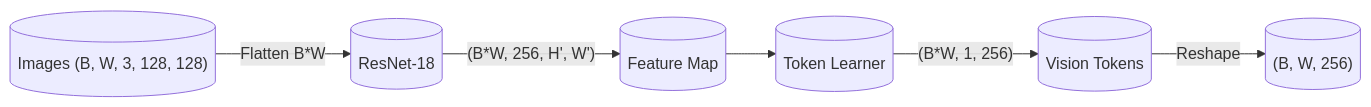
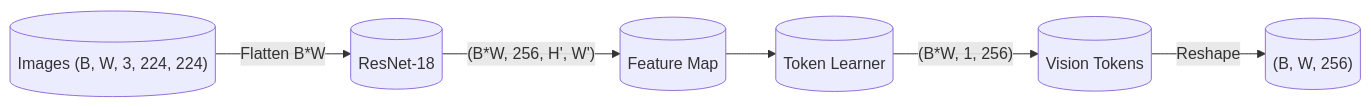
The second of 2 diagrams in docs/model_architecture_vis.md (Thoooomas14/Axis), drawn with Mermaid before and after one commit. The commit also changed other lines of this file and 13 other files, not shown here.

````diff
--- a/docs/model_architecture_vis.md
+++ b/docs/model_architecture_vis.md
@@ -97,8 +97,8 @@
 ```mermaid
 graph LR
-    I[("Images (B, W, 3, 128, 128)")] -->|Flatten B*W| VE[("ResNet-18")]
+    I[("Images (B, W, 3, 224, 224)")] -->|Flatten B*W| VE[("ResNet-18")]
     VE -->|"(B*W, 256, H', W')"| FM[("Feature Map")]
     FM --> TL[("Token Learner")]
     TL -->|"(B*W, 1, 256)"| T[("Vision Tokens")]
     T -->|Reshape| OUT[("(B, W, 256)")]
 ```
````
